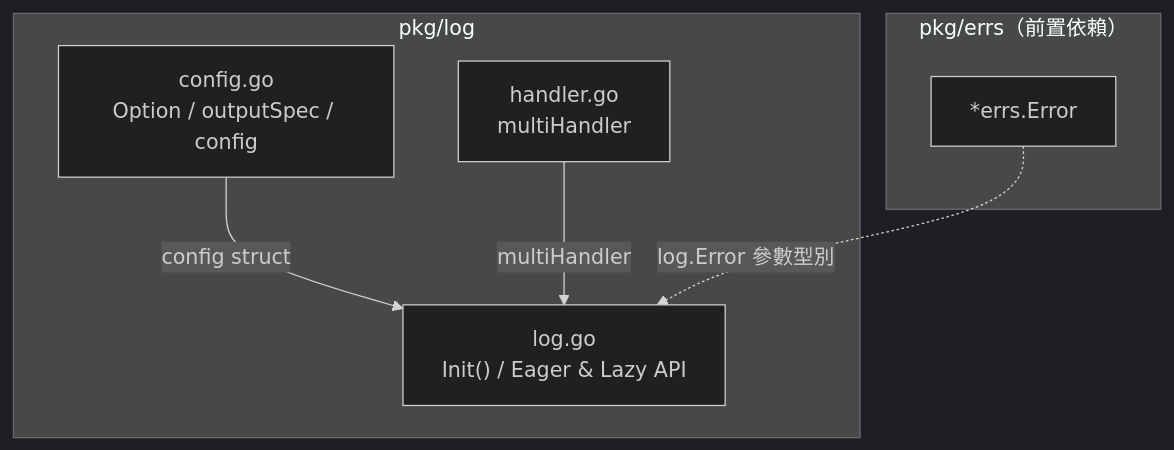
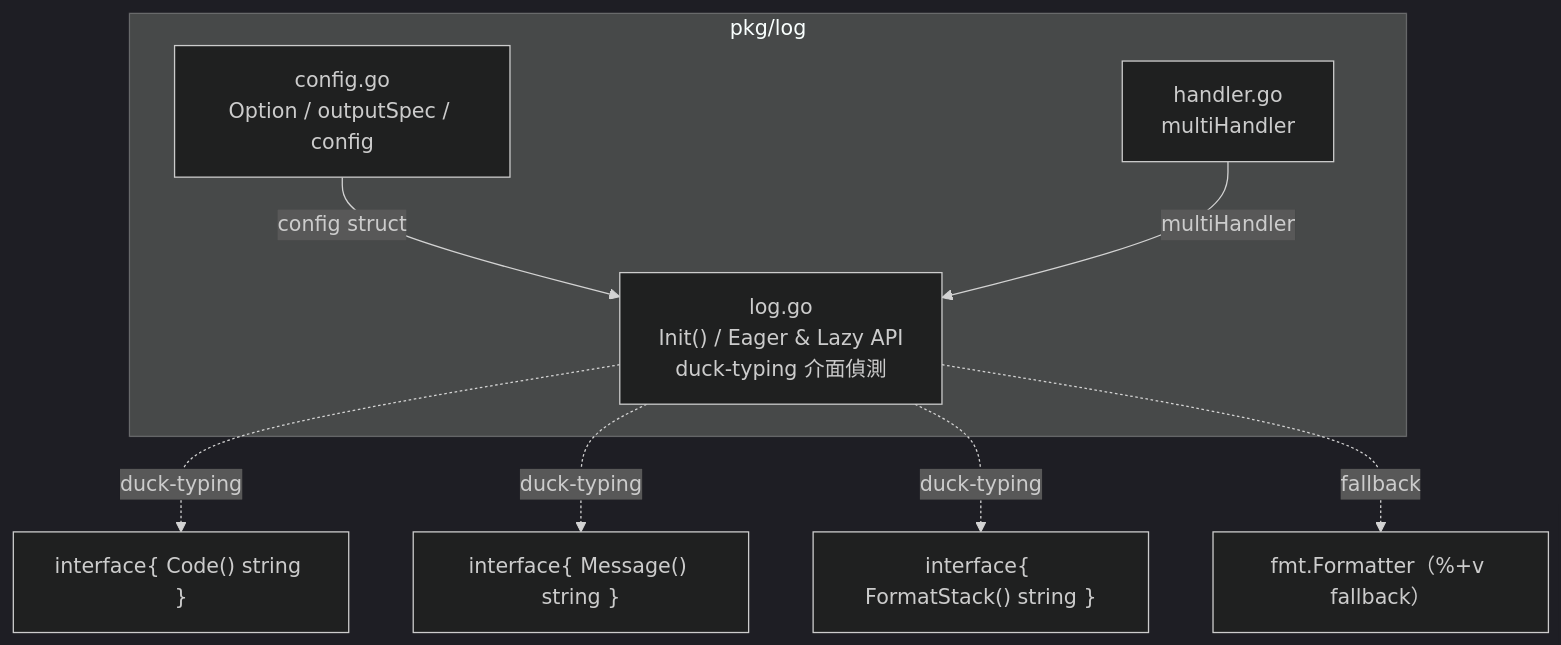
Before and after one commit to Aery9527/golang-example: the second of 2 diagrams in docs-plan/log-plan.md, drawn with Mermaid (dark theme). The commit also changed other lines of this file and 7 other files, not shown here.

Commit message:
refactor error handling to use duck-typing for structured logging attributes

````diff
--- a/docs-plan/log-plan.md
+++ b/docs-plan/log-plan.md
@@ -232,17 +249,21 @@
 ```mermaid
 flowchart TD
-    subgraph errs["pkg/errs（前置依賴）"]
-        errsError["*errs.Error"]
-    end
-
     subgraph log["pkg/log"]
         config["config.go<br/>Option / outputSpec / config"]
         handler["handler.go<br/>multiHandler"]
-        logFile["log.go<br/>Init() / Eager & Lazy API"]
+        logFile["log.go<br/>Init() / Eager & Lazy API<br/>duck-typing 介面偵測"]
 
         config -->|"config struct"| logFile
         handler -->|"multiHandler"| logFile
     end
 
-    errsError -.->|"log.Error 參數型別"| logFile
+    duckCode["interface{ Code() string }"]
+    duckMsg["interface{ Message() string }"]
+    duckStack["interface{ FormatStack() string }"]
+    duckFmt["fmt.Formatter（%+v fallback）"]
+
+    logFile -.->|"duck-typing"| duckCode
+    logFile -.->|"duck-typing"| duckMsg
+    logFile -.->|"duck-typing"| duckStack
+    logFile -.->|"fallback"| duckFmt
 ```
````
